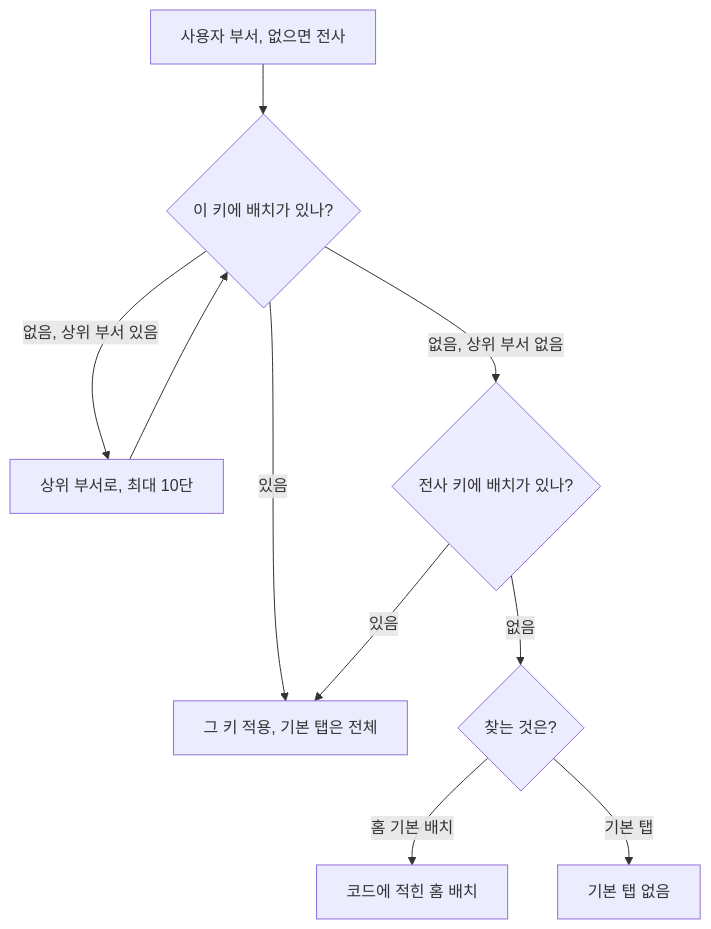
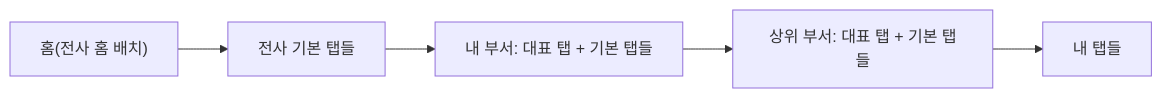
One commit to jongik-sv/dmes-standard changed the sixth of 7 diagrams in docs/guide/FrontEnd/Widget-Authoring-Guide.md. Above: the diagram before and after it, drawn with Mermaid. The commit also changed other lines of this file, not shown here.

````diff
--- a/docs/guide/FrontEnd/Widget-Authoring-Guide.md
+++ b/docs/guide/FrontEnd/Widget-Authoring-Guide.md
@@ -600,12 +604,7 @@
 ```mermaid
-flowchart TB
-  U["사용자 부서, 없으면 전사"] --> K{"이 키에 배치가 있나?"}
-  K -->|"있음"| A["그 키 적용, 기본 탭은 전체"]
-  K -->|"없음, 상위 부서 있음"| UP["상위 부서로, 최대 10단"]
-  UP --> K
-  K -->|"없음, 상위 부서 없음"| C{"전사 키에 배치가 있나?"}
-  C -->|"있음"| A
-  C -->|"없음"| F{"찾는 것은?"}
-  F -->|"홈 기본 배치"| CODE["코드에 적힌 홈 배치"]
-  F -->|"기본 탭"| NONE["기본 탭 없음"]
+flowchart LR
+  H["홈(전사 홈 배치)"] --> C["전사 기본 탭들"]
+  C --> D1["내 부서: 대표 탭 + 기본 탭들"]
+  D1 --> D2["상위 부서: 대표 탭 + 기본 탭들"]
+  D2 --> P["내 탭들"]
 ```
````
